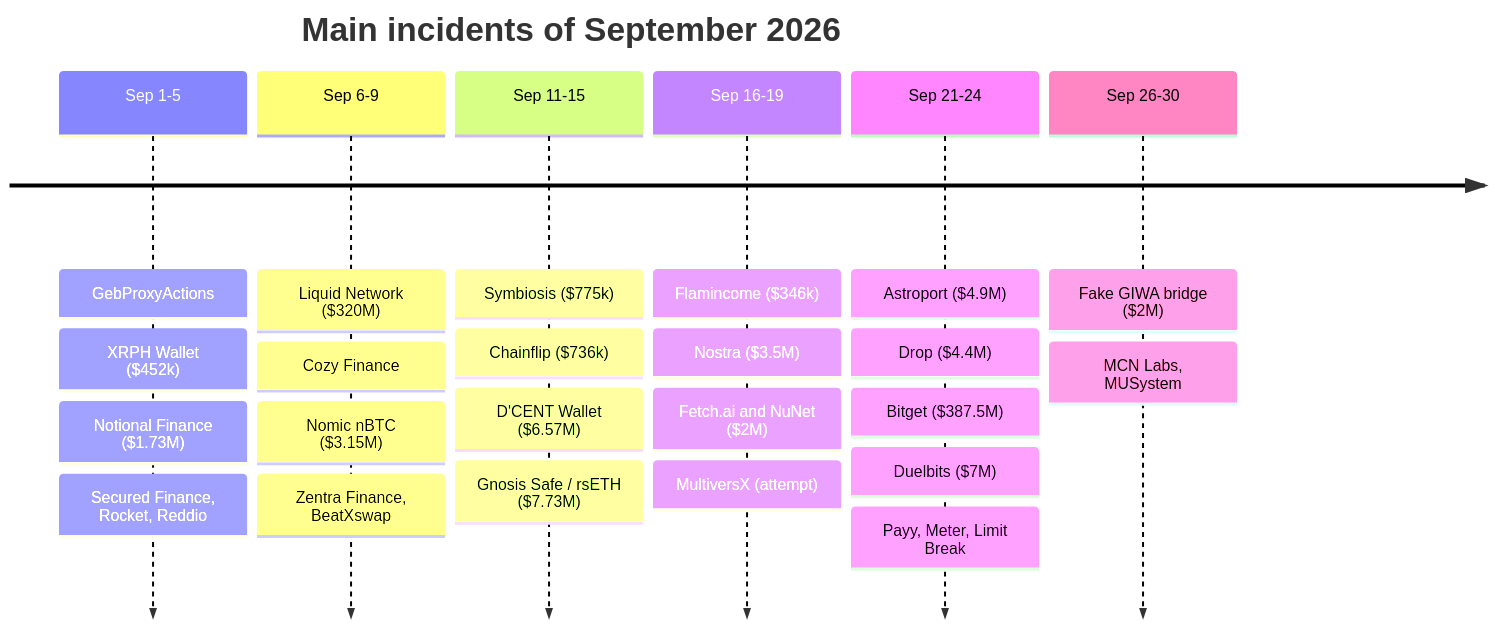
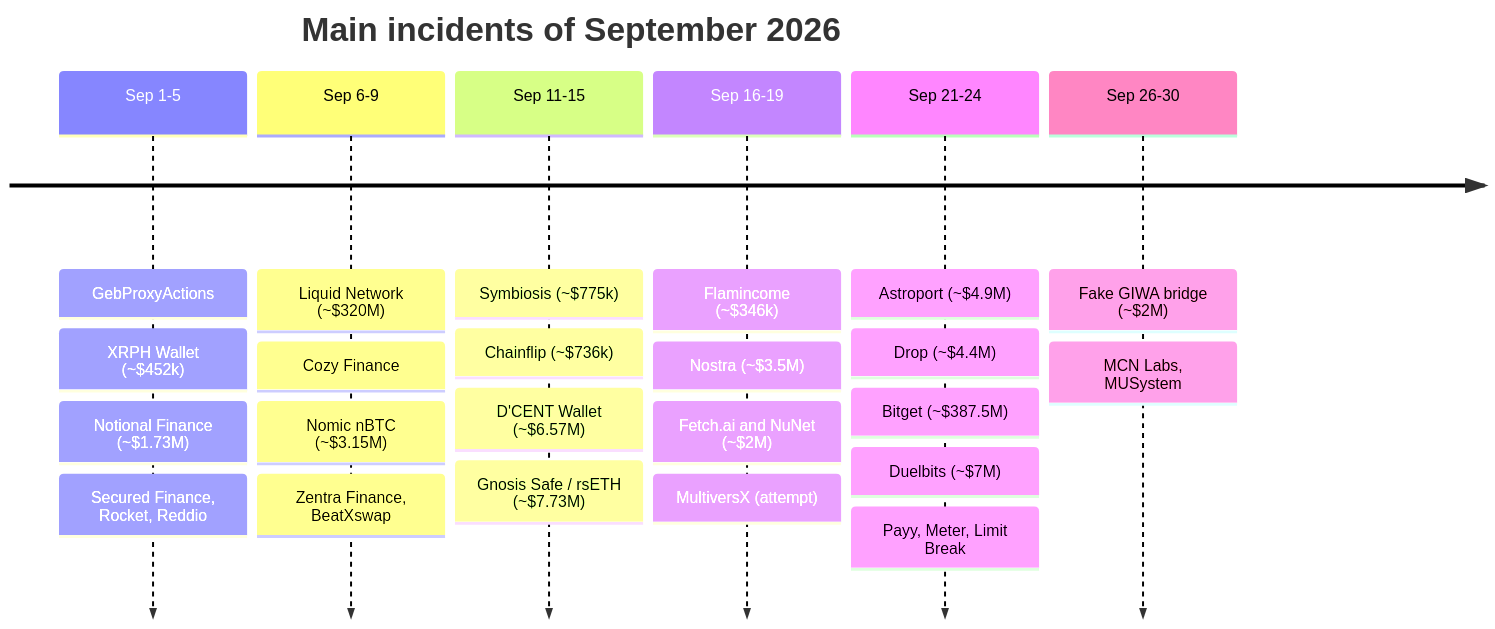
One commit to rya-sge/access-denied changed the second of 4 diagrams in _posts/2026-10-06-crypto-hacks-september-2026.md. Above: the diagram before and after it, drawn with Mermaid. The commit also changed other lines of this file and 2 other files, not shown here.

````diff
--- a/_posts/2026-10-06-crypto-hacks-september-2026.md
+++ b/_posts/2026-10-06-crypto-hacks-september-2026.md
@@ -64,10 +97,10 @@
 ```mermaid
 timeline
     title Main incidents of September 2026
-    Sep 1-5 : GebProxyActions : XRPH Wallet ($452k) : Notional Finance ($1.73M) : Secured Finance, Rocket, Reddio
-    Sep 6-9 : Liquid Network ($320M) : Cozy Finance : Nomic nBTC ($3.15M) : Zentra Finance, BeatXswap
-    Sep 11-15 : Symbiosis ($775k) : Chainflip ($736k) : D'CENT Wallet ($6.57M) : Gnosis Safe / rsETH ($7.73M)
-    Sep 16-19 : Flamincome ($346k) : Nostra ($3.5M) : Fetch.ai and NuNet ($2M) : MultiversX (attempt)
-    Sep 21-24 : Astroport ($4.9M) : Drop ($4.4M) : Bitget ($387.5M) : Duelbits ($7M) : Payy, Meter, Limit Break
-    Sep 26-30 : Fake GIWA bridge ($2M) : MCN Labs, MUSystem
+    Sep 1-5 : GebProxyActions : XRPH Wallet (~$452k) : Notional Finance (~$1.73M) : Secured Finance, Rocket, Reddio
+    Sep 6-9 : Liquid Network (~$320M) : Cozy Finance : Nomic nBTC (~$3.15M) : Zentra Finance, BeatXswap
+    Sep 11-15 : Symbiosis (~$775k) : Chainflip (~$736k) : D'CENT Wallet (~$6.57M) : Gnosis Safe / rsETH (~$7.73M)
+    Sep 16-19 : Flamincome (~$346k) : Nostra (~$3.5M) : Fetch.ai and NuNet (~$2M) : MultiversX (attempt)
+    Sep 21-24 : Astroport (~$4.9M) : Drop (~$4.4M) : Bitget (~$387.5M) : Duelbits (~$7M) : Payy, Meter, Limit Break
+    Sep 26-30 : Fake GIWA bridge (~$2M) : MCN Labs, MUSystem
 ```
````
